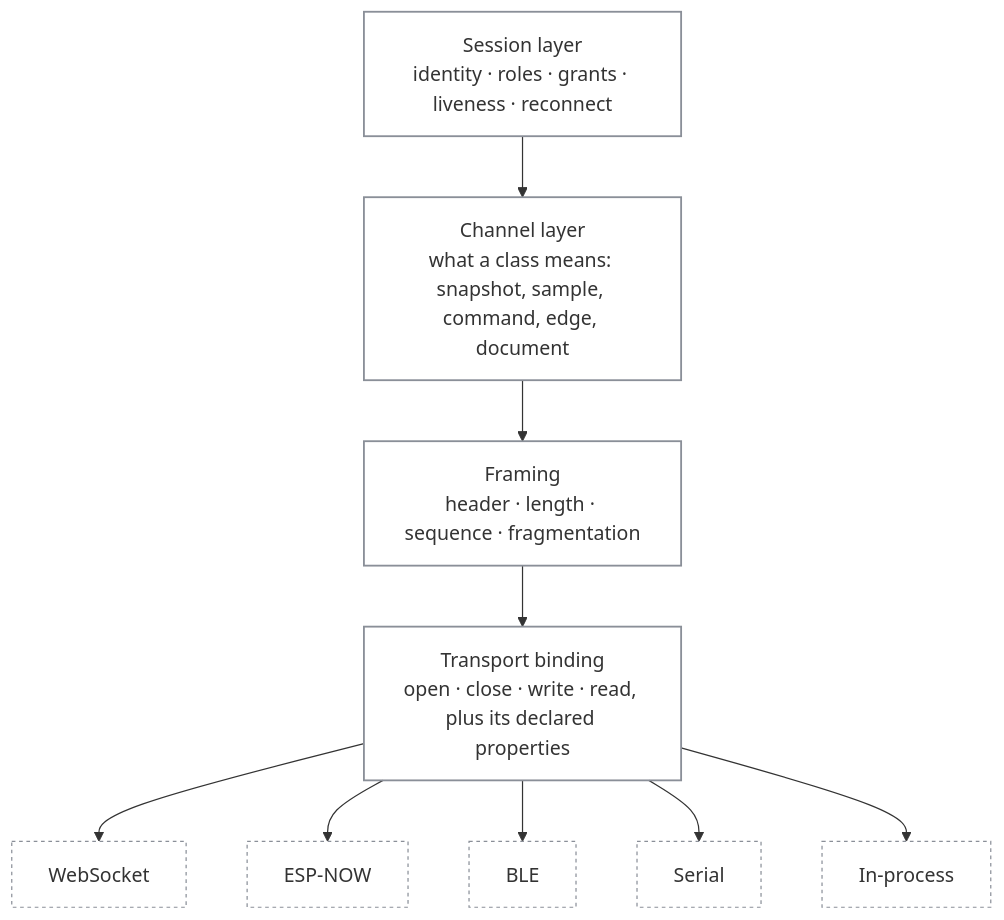
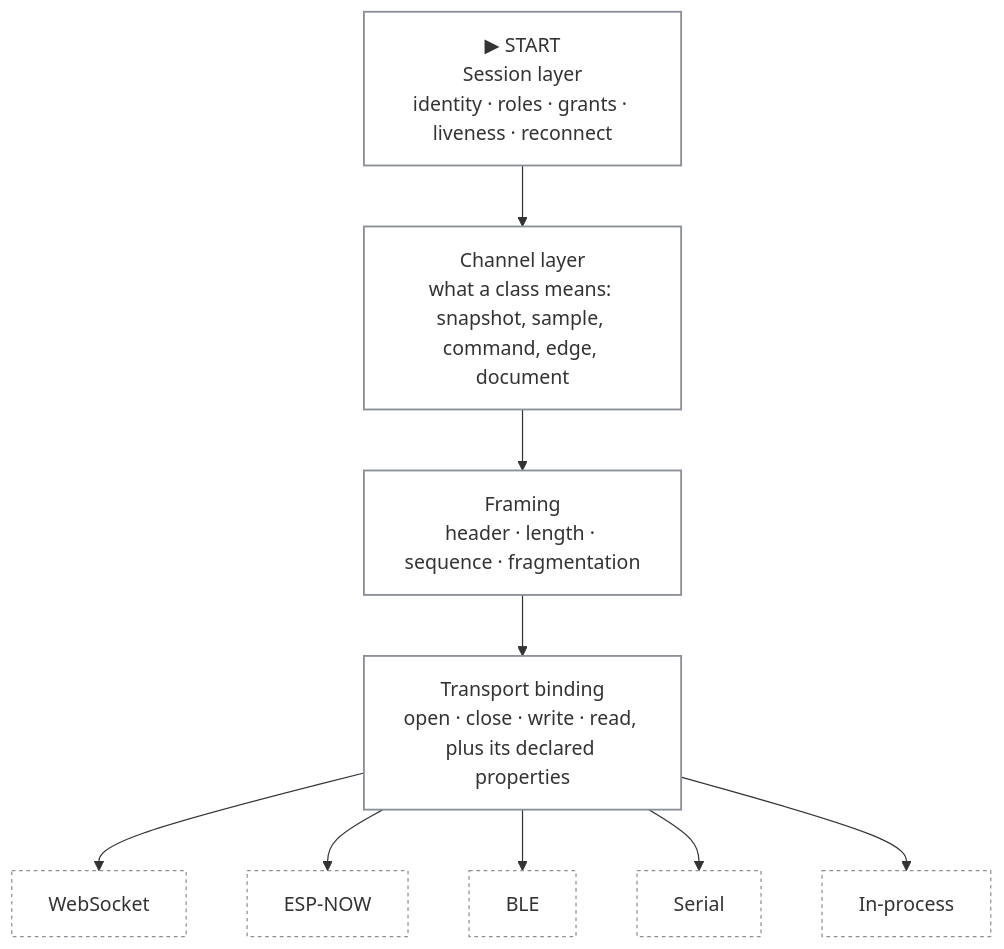
Before and after one commit to AtlanticTM/SlopDrive-32: the diagram in docs-site/docs/understand/anatomy.md, drawn with Mermaid. The commit also changed other lines of this file and 64 other files, not shown here.

````diff
--- a/docs-site/docs/understand/anatomy.md
+++ b/docs-site/docs/understand/anatomy.md
@@ -22,18 +22,18 @@
 ```mermaid
 flowchart TD
-    S["Session layer<br/>identity · roles · grants · liveness · reconnect"]:::layer
+    S["▶ START<br/>Session layer<br/>identity · roles · grants · liveness · reconnect"]:::layer
     C["Channel layer<br/>what a class means: snapshot, sample, command, edge, document"]:::layer
     F["Framing<br/>header · length · sequence · fragmentation"]:::layer
     T["Transport binding<br/>open · close · write · read, plus its declared properties"]:::layer
 
     S --> C --> F --> T
 
     T --> W["WebSocket"]:::plumb
     T --> E["ESP-NOW"]:::plumb
     T --> B["BLE"]:::plumb
     T --> R["Serial"]:::plumb
     T --> P["In-process"]:::plumb
 
     classDef layer fill:none,stroke:#8a8f98,stroke-width:1.5px
     classDef plumb fill:none,stroke:#8a8f98,stroke-dasharray:3 3
 ```
````
